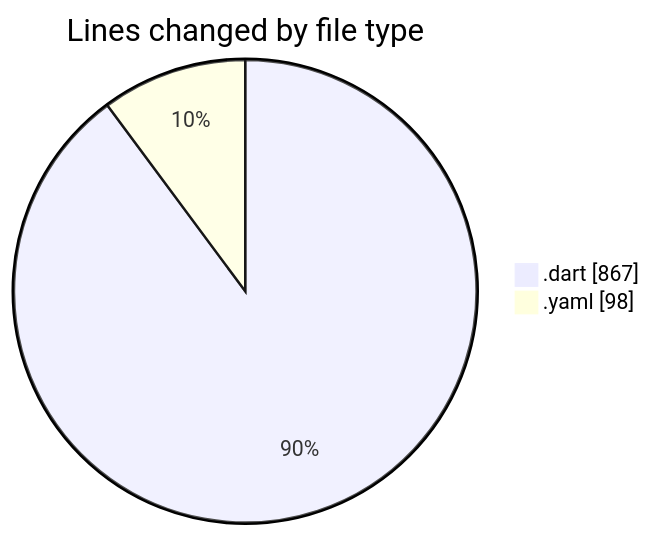
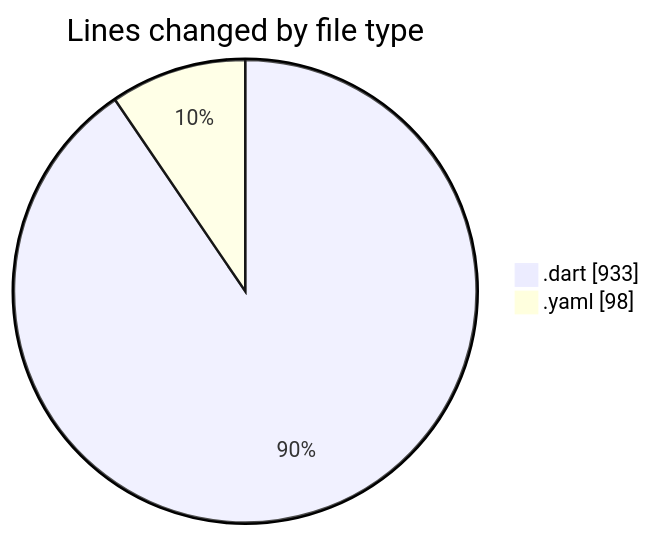
Before and after one commit to donsfak/code-tracking: the first of 2 diagrams in 2025-11-01/weather_insights_app/README.md, drawn with Mermaid. The commit also changed other lines of this file and 1 other file, not shown here.

````diff
--- a/2025-11-01/weather_insights_app/README.md
+++ b/2025-11-01/weather_insights_app/README.md
@@ -24,6 +25,6 @@
 ```mermaid
 pie showData
 title Lines changed by file type
-".dart" : 867
+".dart" : 933
 ".yaml" : 98
 ```
````
